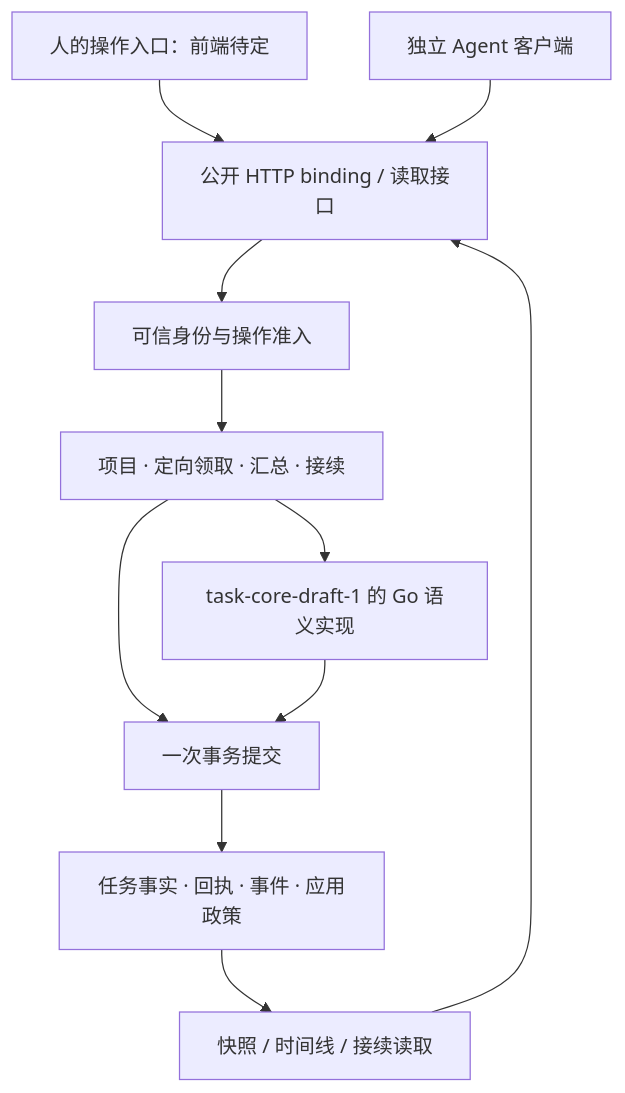
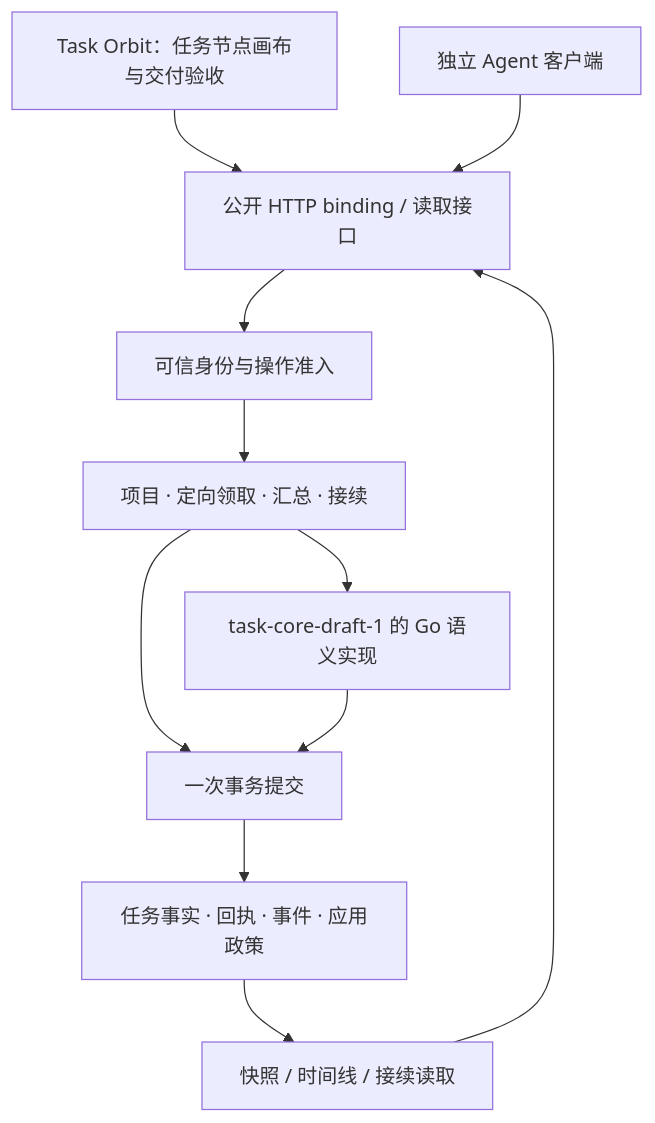
The diagram in docs/architecture.md (Csneer/task-ledger-demo), drawn with Mermaid before and after one commit. The commit also changed other lines of this file and 59 other files, not shown here.

Commit message:
Prepare Task Orbit developer preview and verified releases

````diff
--- a/docs/architecture.md
+++ b/docs/architecture.md
@@ -13,13 +13,13 @@
 ```mermaid
 flowchart TB
-    H["人的操作入口：前端待定"] --> API
+    H["Task Orbit：任务节点画布与交付验收"] --> API
     A["独立 Agent 客户端"] --> API
     API["公开 HTTP binding / 读取接口"] --> HOST["可信身份与操作准入"]
     HOST --> APP["项目 · 定向领取 · 汇总 · 接续"]
     APP --> CORE["task-core-draft-1 的 Go 语义实现"]
     APP --> TX["一次事务提交"]
     CORE --> TX
     TX --> DB["任务事实 · 回执 · 事件 · 应用政策"]
     DB --> VIEW["快照 / 时间线 / 接续读取"]
     VIEW --> API
 ```
````
